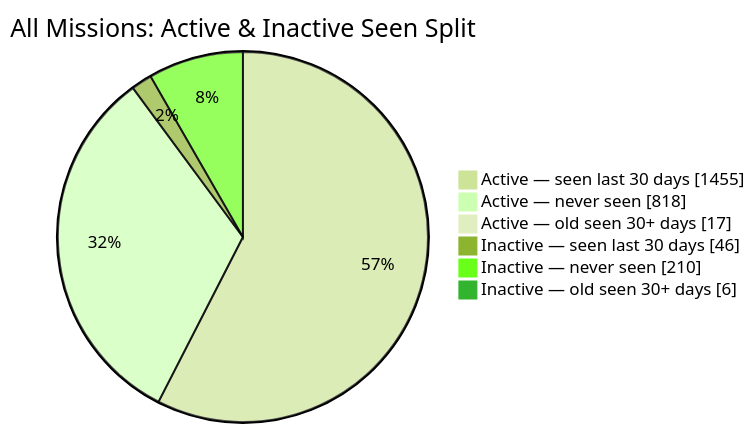
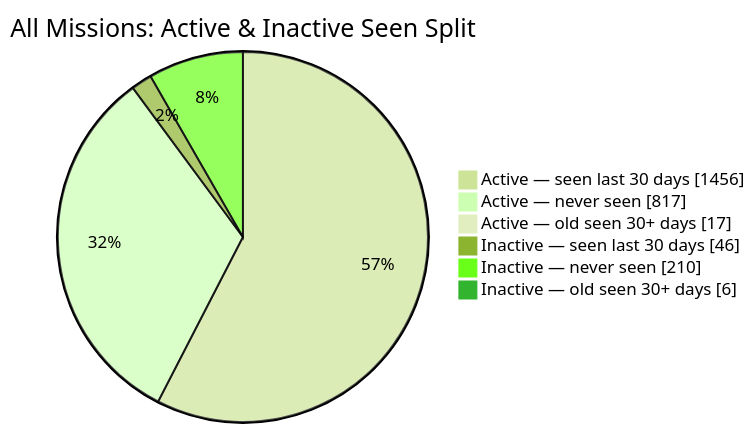
The second of 2 diagrams in README.md (MeldkamerspelGameTeam/active-missions), drawn with Mermaid (forest theme) before and after one commit. The commit also changed other lines of this file and 2 other files, not shown here.

````diff
--- a/README.md
+++ b/README.md
@@ -44,10 +44,10 @@
 ```mermaid
 pie showData
     title All Missions: Active & Inactive Seen Split
-    "Active — seen last 30 days" : 1455
-    "Active — never seen" : 818
+    "Active — seen last 30 days" : 1456
+    "Active — never seen" : 817
     "Active — old seen 30+ days" : 17
     "Inactive — seen last 30 days" : 46
     "Inactive — never seen" : 210
     "Inactive — old seen 30+ days" : 6
 ```
````
